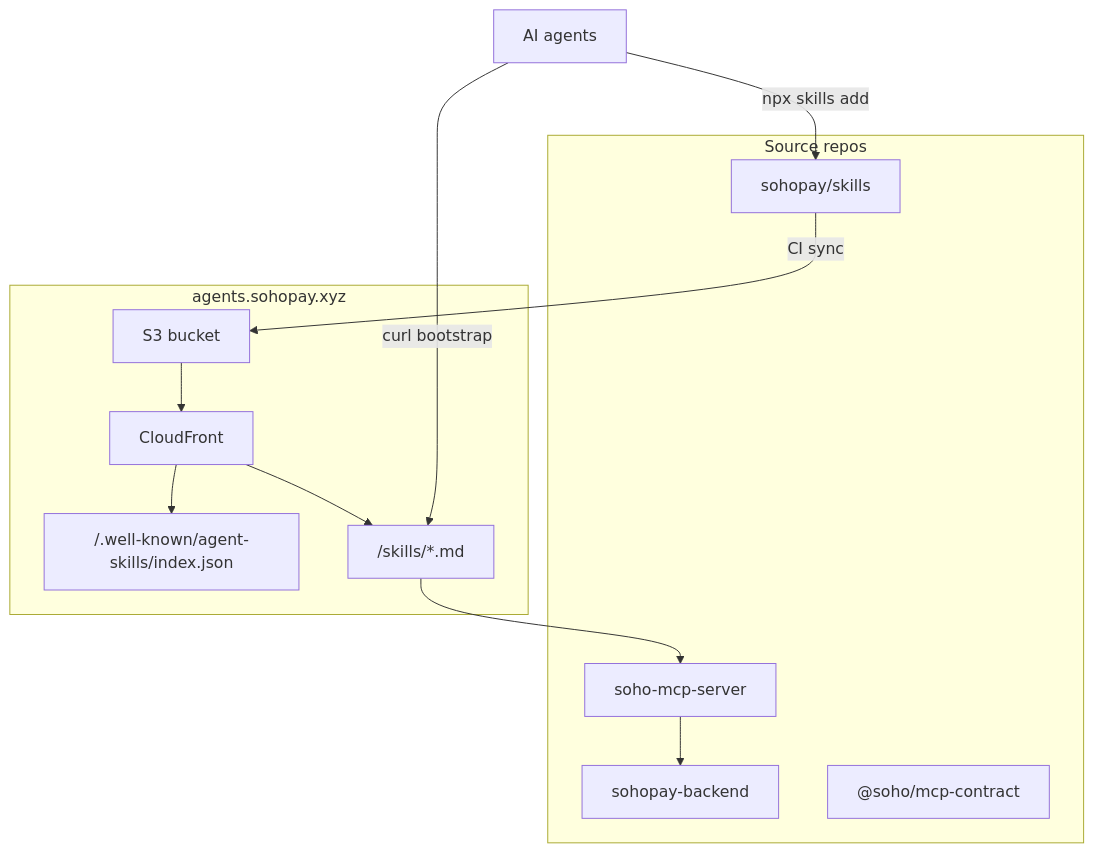
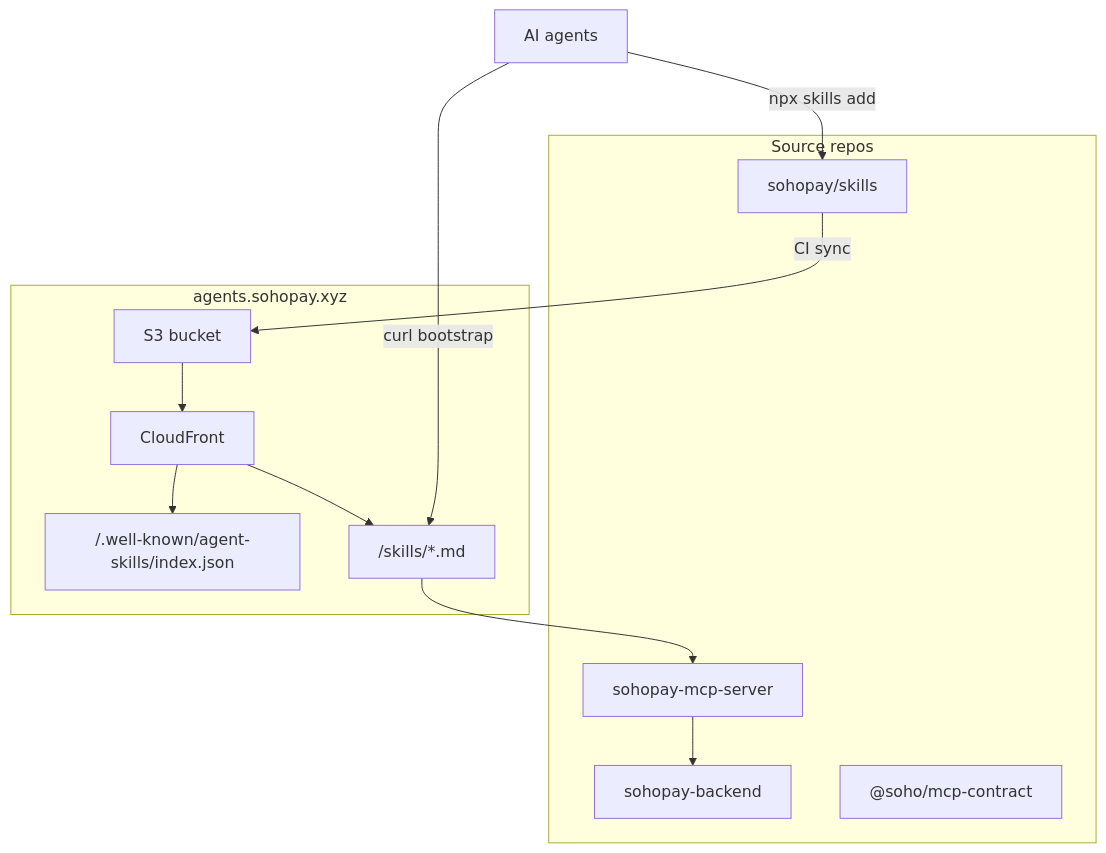
Before and after one commit to sohopay/skills: the second of 2 diagrams in docs/PLAN.md, drawn with Mermaid. The commit also changed other lines of this file and 12 other files, not shown here.

Commit message:
chore: sync soho-mcp-server → sohopay-mcp-server naming baseline

````diff
--- a/docs/PLAN.md
+++ b/docs/PLAN.md
@@ -76,23 +68,23 @@
 ```mermaid
 flowchart TB
   subgraph repos [Source repos]
     SkillsRepo["sohopay/skills"]
-    McpServer["soho-mcp-server"]
+    McpServer["sohopay-mcp-server"]
     Backend["sohopay-backend"]
     Contract["@soho/mcp-contract"]
   end
   subgraph hosting [agents.sohopay.xyz]
     S3["S3 bucket"]
     CF["CloudFront"]
     WellKnown["/.well-known/agent-skills/index.json"]
     SkillMd["/skills/*.md"]
   end
   SkillsRepo -->|CI sync| S3
   S3 --> CF
   CF --> WellKnown
   CF --> SkillMd
   Cursor["AI agents"] -->|curl bootstrap| SkillMd
   Cursor -->|npx skills add| SkillsRepo
   SkillMd --> McpServer
   McpServer --> Backend
 ```
````
